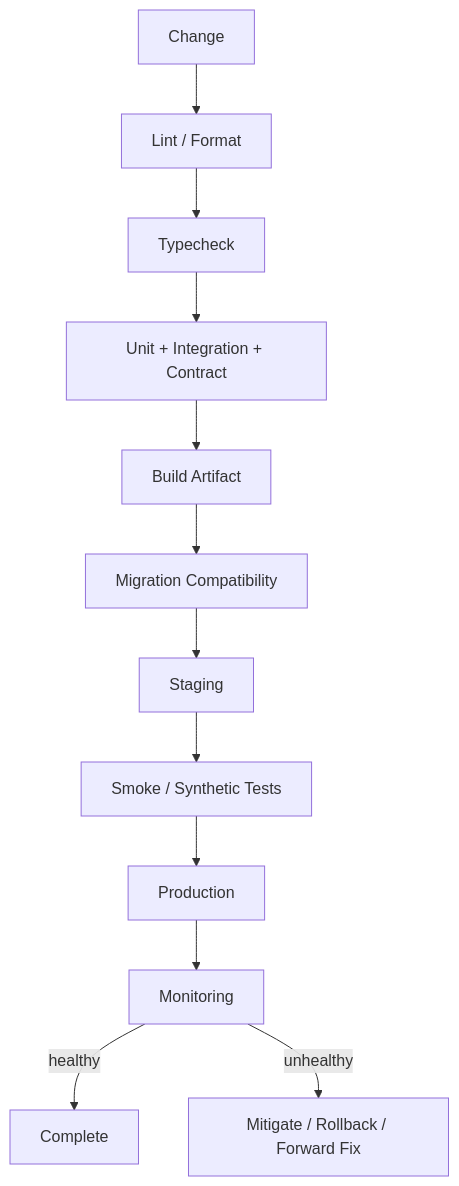
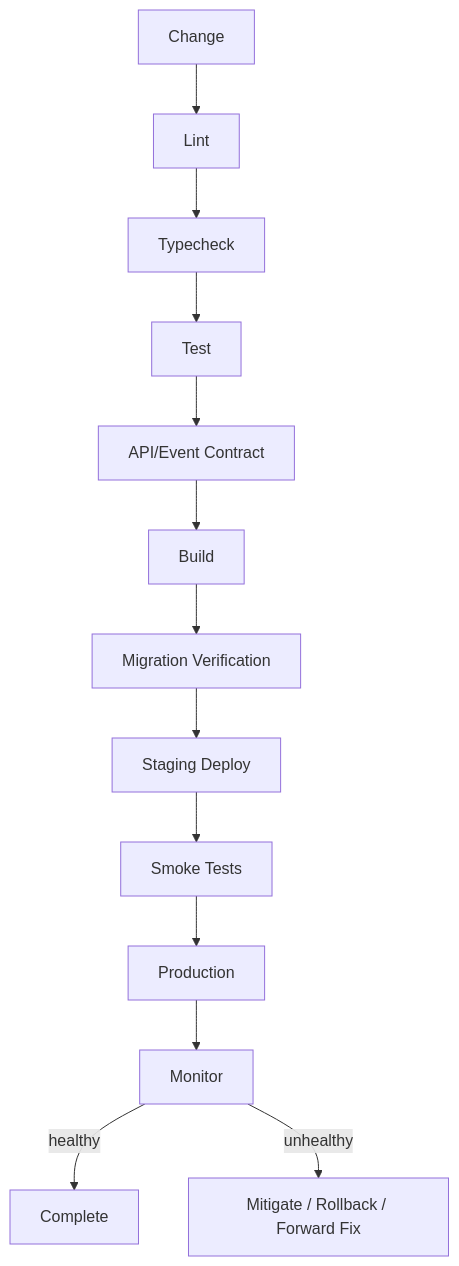
One commit to D-engahmed/OMILINKS changed the diagram in docs/engineering/release-process.md. Above: the diagram before and after it, drawn with Mermaid. The commit also changed other lines of this file and 4 other files, not shown here.

```diff
--- a/docs/engineering/release-process.md
+++ b/docs/engineering/release-process.md
@@ -22,14 +22,15 @@
 ~~~mermaid
 flowchart TD
-CHANGE[Change] --> LINT[Lint / Format]
+CHANGE[Change] --> LINT[Lint]
 LINT --> TYPE[Typecheck]
-TYPE --> TEST[Unit + Integration + Contract]
-TEST --> BUILD[Build Artifact]
-BUILD --> MIGRATE[Migration Compatibility]
-MIGRATE --> STAGE[Staging]
-STAGE --> SMOKE[Smoke / Synthetic Tests]
+TYPE --> TEST[Test]
+TEST --> CONTRACT[API/Event Contract]
+CONTRACT --> BUILD[Build]
+BUILD --> MIGRATE[Migration Verification]
+MIGRATE --> STAGE[Staging Deploy]
+STAGE --> SMOKE[Smoke Tests]
 SMOKE --> PROD[Production]
-PROD --> MONITOR[Monitoring]
+PROD --> MONITOR[Monitor]
 MONITOR -->|healthy| DONE[Complete]
 MONITOR -->|unhealthy| MIT[Mitigate / Rollback / Forward Fix]
 ~~~
```
